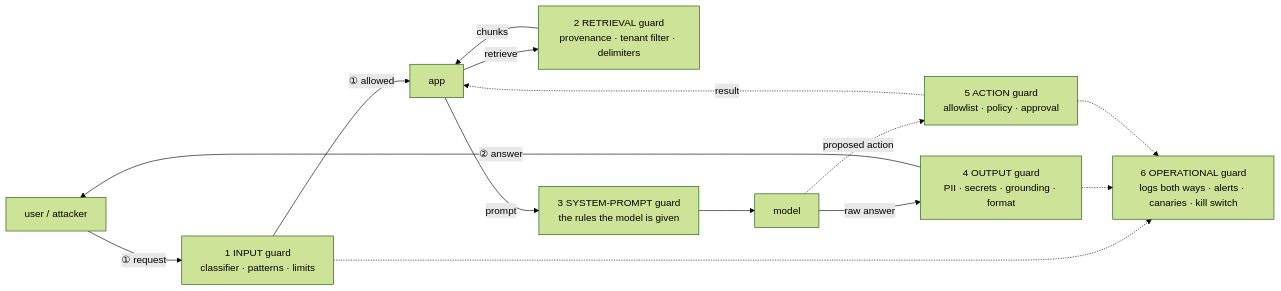
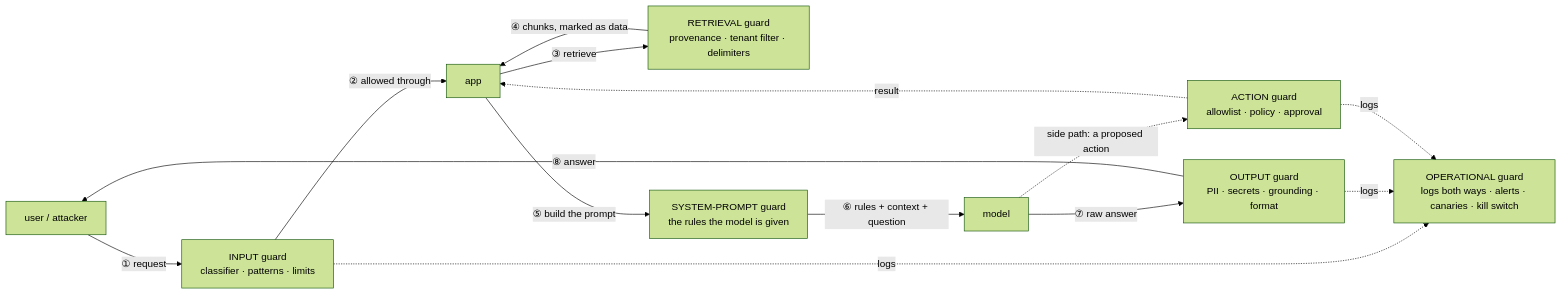
Before and after one commit to ryayres-fox/Security: the diagram in lab-journal/ai-guardrails-and-checklist.md, drawn with Mermaid (forest theme). The commit also changed other lines of this file, not shown here.

Commit message:
guardrails: one numbering scheme in the places diagram
The boxes were numbered 1-6 and the arrows ①/②, two sequences in one picture.
Now the arrows carry one consecutive order, ① to ⑧, for a request and its
answer; the boxes are named; the action gate and the operational guard are
drawn as side paths; the intro says to follow the circled numbers.

````diff
--- a/lab-journal/ai-guardrails-and-checklist.md
+++ b/lab-journal/ai-guardrails-and-checklist.md
@@ -31,16 +33,16 @@
 ```mermaid
 graph LR
-  U["user / attacker"] -->|"① request"| GIN["1 INPUT guard<br/>classifier · patterns · limits"]
-  GIN -->|"① allowed"| APP["app"]
-  APP -->|"retrieve"| RET["2 RETRIEVAL guard<br/>provenance · tenant filter · delimiters"]
-  RET -->|"chunks"| APP
-  APP -->|"prompt"| SP["3 SYSTEM-PROMPT guard<br/>the rules the model is given"]
-  SP --> MODEL["model"]
-  MODEL -->|"raw answer"| GOUT["4 OUTPUT guard<br/>PII · secrets · grounding · format"]
-  GOUT -->|"② answer"| U
-  MODEL -. "proposed action" .-> ACT["5 ACTION guard<br/>allowlist · policy · approval"]
+  U["user / attacker"] -->|"① request"| GIN["INPUT guard<br/>classifier · patterns · limits"]
+  GIN -->|"② allowed through"| APP["app"]
+  APP -->|"③ retrieve"| RET["RETRIEVAL guard<br/>provenance · tenant filter · delimiters"]
+  RET -->|"④ chunks, marked as data"| APP
+  APP -->|"⑤ build the prompt"| SP["SYSTEM-PROMPT guard<br/>the rules the model is given"]
+  SP -->|"⑥ rules + context + question"| MODEL["model"]
+  MODEL -->|"⑦ raw answer"| GOUT["OUTPUT guard<br/>PII · secrets · grounding · format"]
+  GOUT -->|"⑧ answer"| U
+  MODEL -. "side path: a proposed action" .-> ACT["ACTION guard<br/>allowlist · policy · approval"]
   ACT -. "result" .-> APP
-  GIN -.-> OPS["6 OPERATIONAL guard<br/>logs both ways · alerts · canaries · kill switch"]
-  GOUT -.-> OPS
-  ACT -.-> OPS
+  GIN -.->|"logs"| OPS["OPERATIONAL guard<br/>logs both ways · alerts · canaries · kill switch"]
+  GOUT -.->|"logs"| OPS
+  ACT -.->|"logs"| OPS
 ```
````
